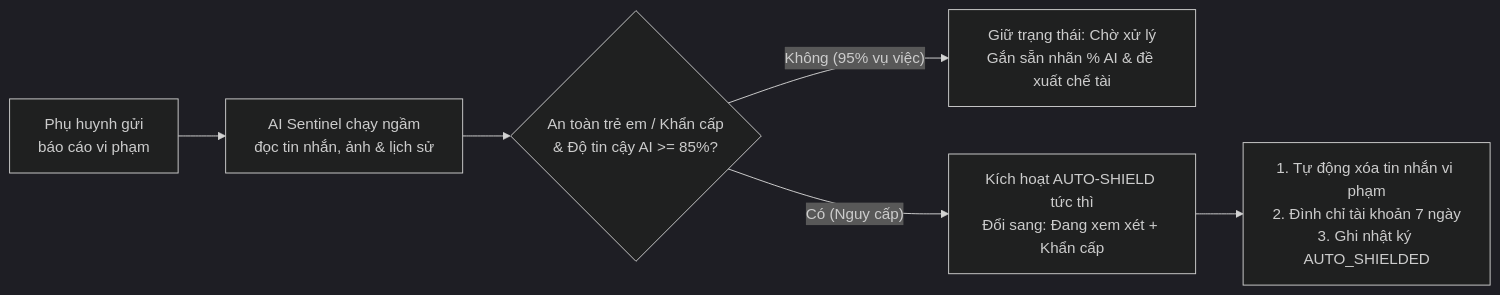
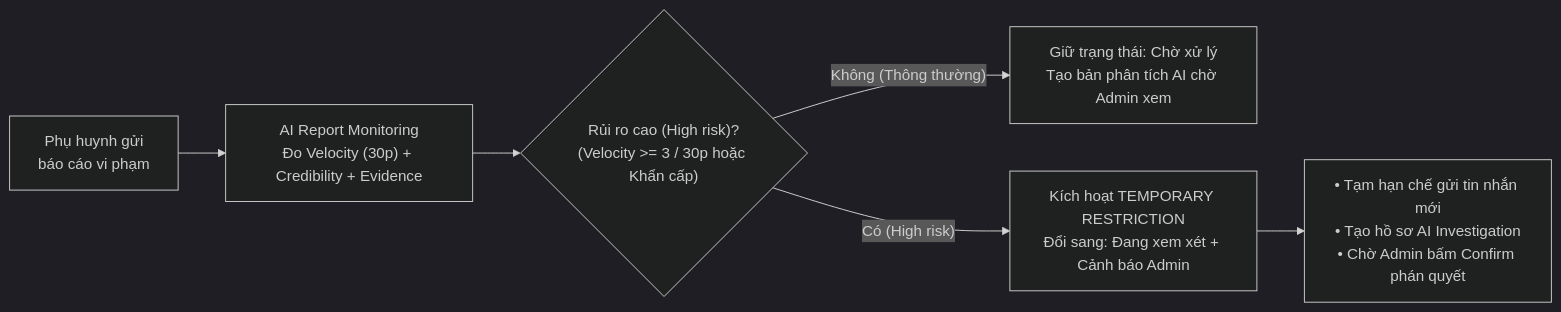
Before and after one commit to BuddyLink-Team/Front-End: the first of 2 diagrams in docs/BUD50_SENTINEL_AI_MODERATION.md, drawn with Mermaid (dark theme). The commit also changed other lines of this file and 3 other files, not shown here.

````diff
--- a/docs/BUD50_SENTINEL_AI_MODERATION.md
+++ b/docs/BUD50_SENTINEL_AI_MODERATION.md
@@ -23,8 +21,8 @@
 ```mermaid
 flowchart LR
-    A["Phụ huynh gửi<br/>báo cáo vi phạm"] --> B["AI Sentinel chạy ngầm<br/>đọc tin nhắn, ảnh & lịch sử"]
-    B --> C{"An toàn trẻ em / Khẩn cấp<br/>& Độ tin cậy AI >= 85%?"}
-    C -- "Không (95% vụ việc)" --> D["Giữ trạng thái: Chờ xử lý<br/>Gắn sẵn nhãn % AI & đề xuất chế tài"]
-    C -- "Có (Nguy cấp)" --> E["Kích hoạt AUTO-SHIELD tức thì<br/>Đổi sang: Đang xem xét + Khẩn cấp"]
-    E --> F["1. Tự động xóa tin nhắn vi phạm<br/>2. Đình chỉ tài khoản 7 ngày<br/>3. Ghi nhật ký AUTO_SHIELDED"]
+    A["Phụ huynh gửi<br/>báo cáo vi phạm"] --> B["AI Report Monitoring<br/>Đo Velocity (30p) + Credibility + Evidence"]
+    B --> C{"Rủi ro cao (High risk)?<br/>(Velocity >= 3 / 30p hoặc Khẩn cấp)"}
+    C -- "Không (Thông thường)" --> D["Giữ trạng thái: Chờ xử lý<br/>Tạo bản phân tích AI chờ Admin xem"]
+    C -- "Có (High risk)" --> E["Kích hoạt TEMPORARY RESTRICTION<br/>Đổi sang: Đang xem xét + Cảnh báo Admin"]
+    E --> F["• Tạm hạn chế gửi tin nhắn mới<br/>• Tạo hồ sơ AI Investigation<br/>• Chờ Admin bấm Confirm phán quyết"]
 ```
````
